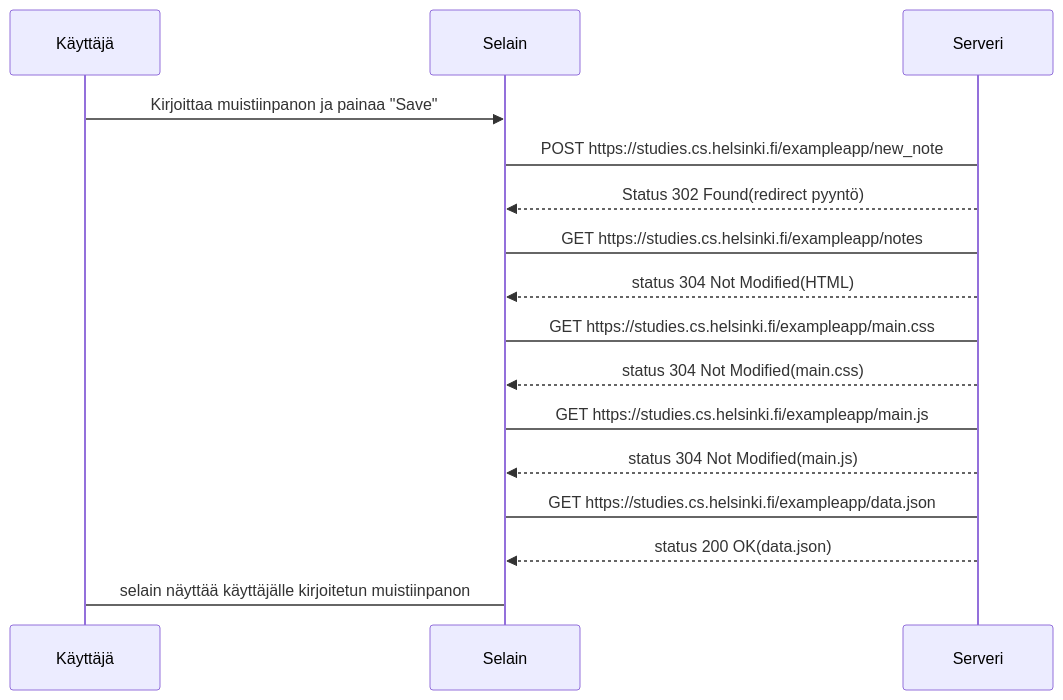
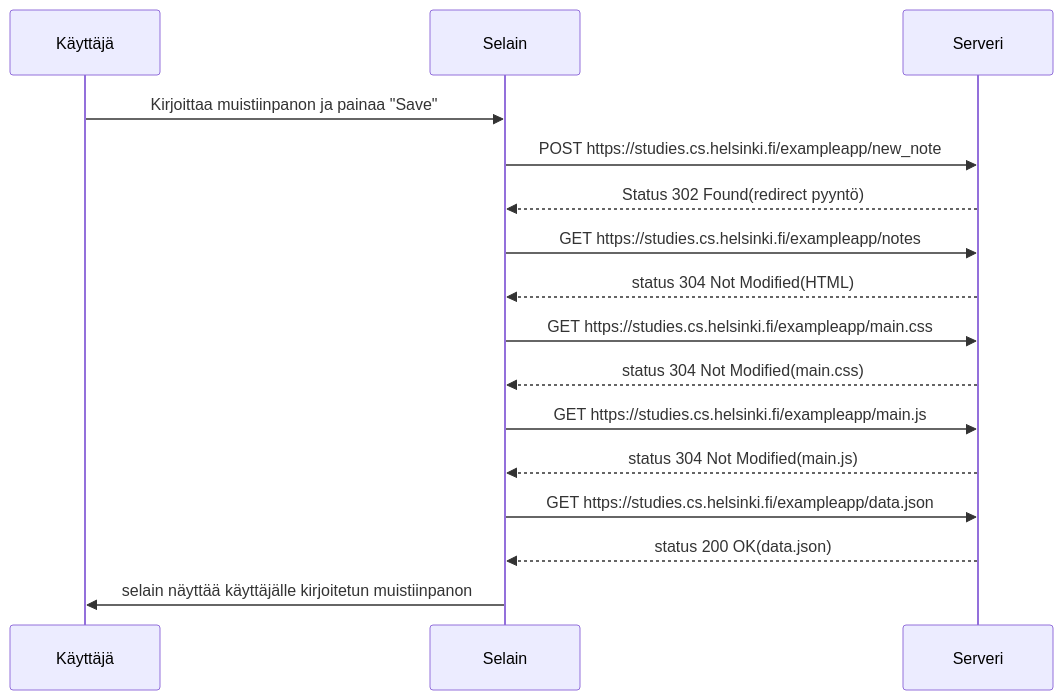
Before and after one commit to Jarttu/Fso-0: the first of 3 diagrams in README.md, drawn with Mermaid. The commit also changed other lines of this file, not shown here.

````diff
--- a/README.md
+++ b/README.md
@@ -1,17 +1,16 @@
 ```mermaid
 sequenceDiagram
   
-
   Käyttäjä->>Selain: Kirjoittaa muistiinpanon ja painaa "Save"
-  Selain->Serveri: POST https://studies.cs.helsinki.fi/exampleapp/new_note
+  Selain->>Serveri: POST https://studies.cs.helsinki.fi/exampleapp/new_note
   Serveri-->>Selain: Status 302 Found(redirect pyyntö)
-  Selain->Serveri: GET https://studies.cs.helsinki.fi/exampleapp/notes
+  Selain->>Serveri: GET https://studies.cs.helsinki.fi/exampleapp/notes
   Serveri-->>Selain: status 304 Not Modified(HTML)
-  Selain->Serveri: GET https://studies.cs.helsinki.fi/exampleapp/main.css
+  Selain->>Serveri: GET https://studies.cs.helsinki.fi/exampleapp/main.css
   Serveri-->>Selain: status 304 Not Modified(main.css)
-  Selain->Serveri: GET https://studies.cs.helsinki.fi/exampleapp/main.js
+  Selain->>Serveri: GET https://studies.cs.helsinki.fi/exampleapp/main.js
   Serveri-->>Selain: status 304 Not Modified(main.js)
-  Selain->Serveri: GET https://studies.cs.helsinki.fi/exampleapp/data.json
+  Selain->>Serveri: GET https://studies.cs.helsinki.fi/exampleapp/data.json
   Serveri-->>Selain: status 200 OK(data.json)
-  Selain->Käyttäjä: selain näyttää käyttäjälle kirjoitetun muistiinpanon
+  Selain->>Käyttäjä: selain näyttää käyttäjälle kirjoitetun muistiinpanon
 ```
````
